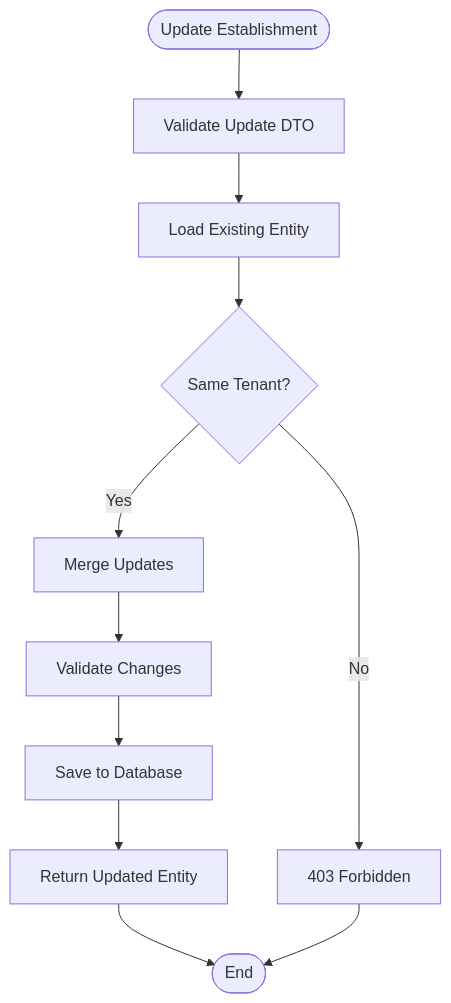
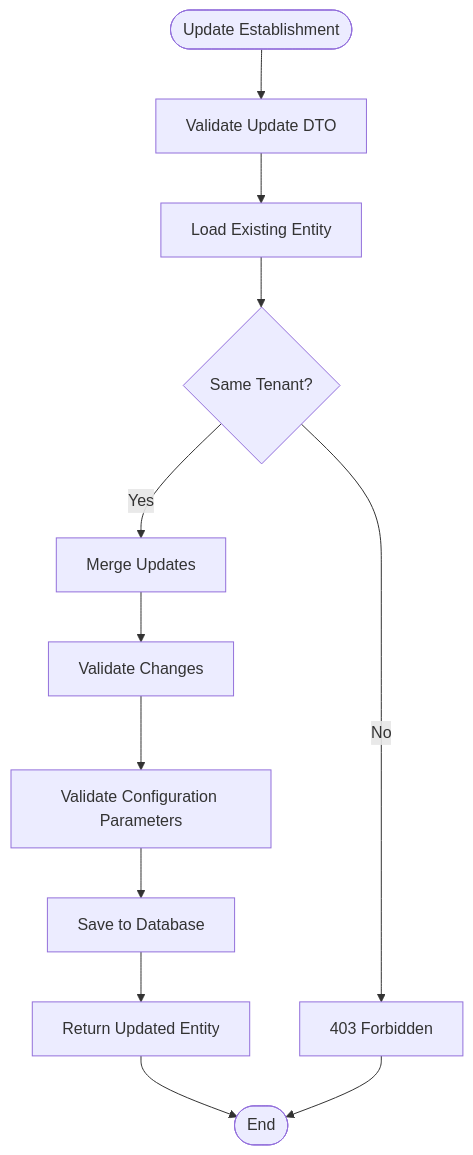
Before and after one commit to franckylab/eLISAschool: diagram 13 of 19 in .qoder/repowiki/en/content/Modules & Features/Administrative Modules/Establishment Management.md, drawn with Mermaid. The commit also changed other lines of this file and 155 other files, not shown here.

````diff
--- a/.qoder/repowiki/en/content/Modules & Features/Administrative Modules/Establishment Management.md
+++ b/.qoder/repowiki/en/content/Modules & Features/Administrative Modules/Establishment Management.md
@@ -577,13 +723,14 @@
 ```mermaid
 flowchart TD
 Start([Update Establishment]) --> ValidateDTO["Validate Update DTO"]
 ValidateDTO --> LoadEntity["Load Existing Entity"]
 LoadEntity --> CheckTenant{"Same Tenant?"}
 CheckTenant --> |Yes| MergeUpdates["Merge Updates"]
 CheckTenant --> |No| Error403["403 Forbidden"]
 MergeUpdates --> ValidateChanges["Validate Changes"]
-ValidateChanges --> SaveEntity["Save to Database"]
+ValidateChanges --> CheckConfigParams["Validate Configuration Parameters"]
+CheckConfigParams --> SaveEntity["Save to Database"]
 SaveEntity --> ReturnSuccess["Return Updated Entity"]
 ReturnSuccess --> End([End])
 Error403 --> End
 ```
````
